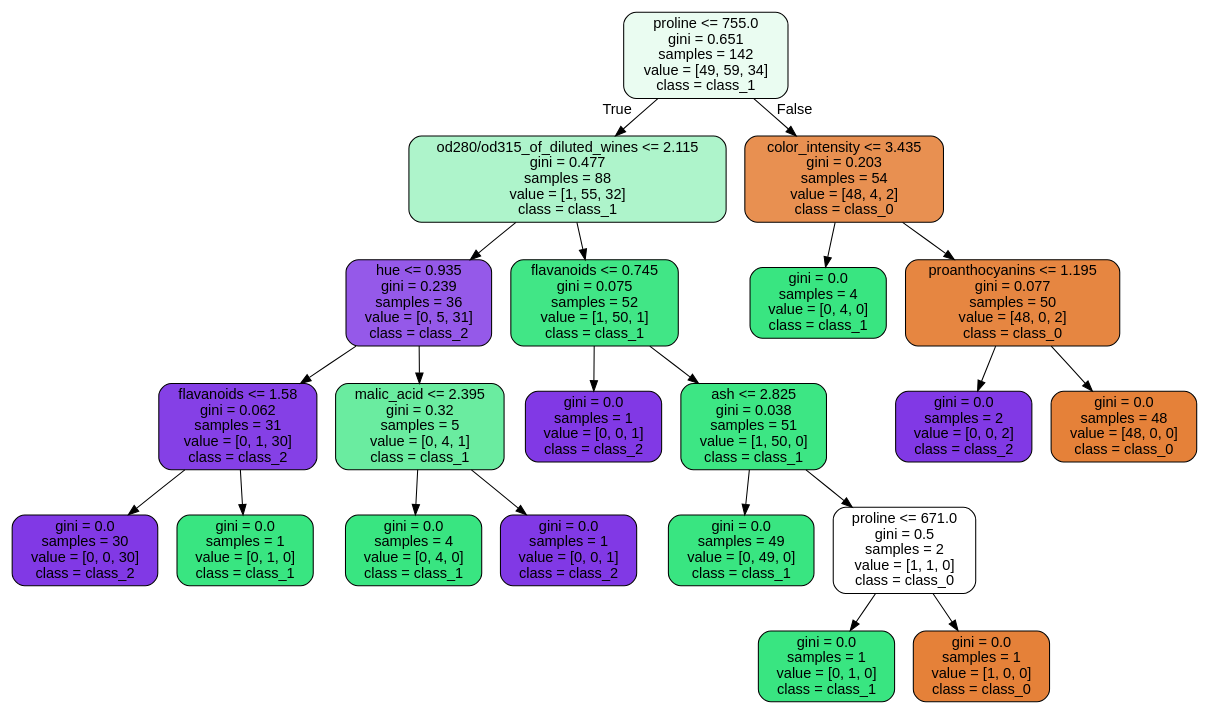
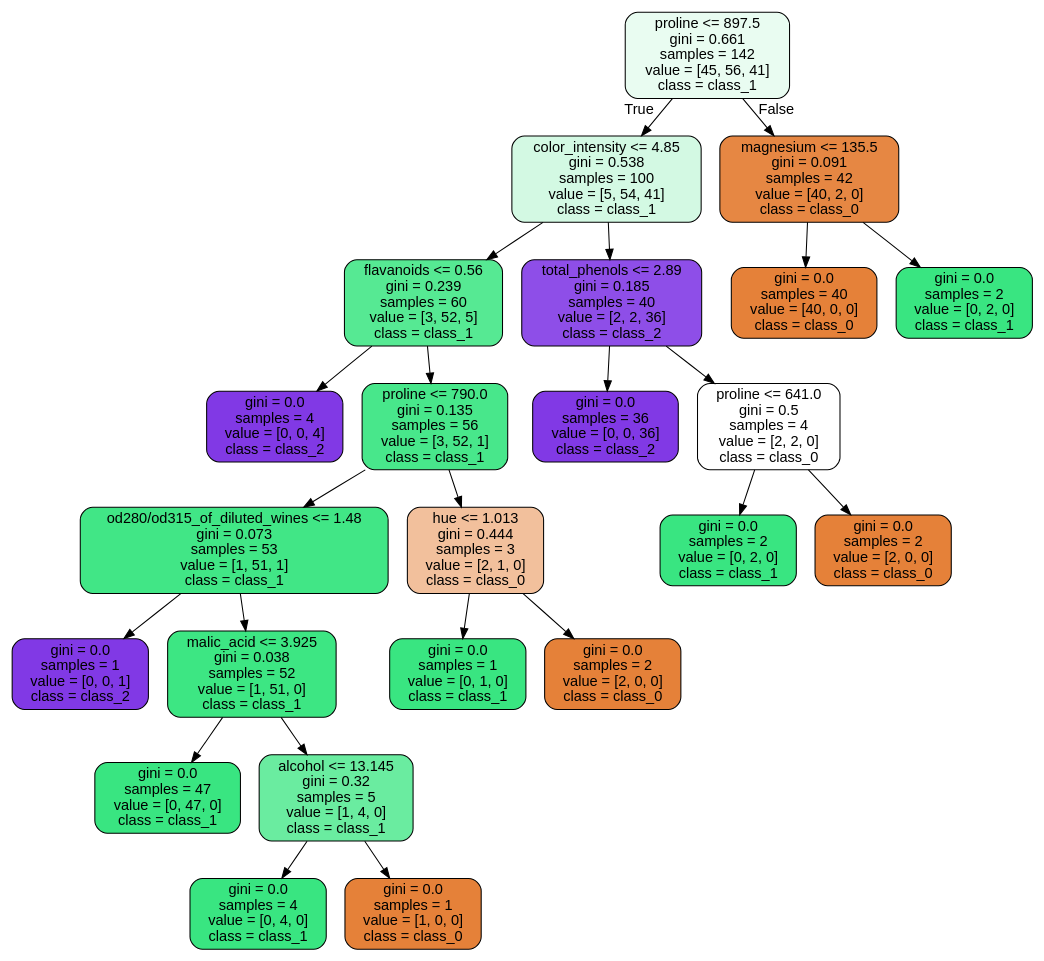
The diagram in images/decision_trees/wine_tree_train.dot (JoseDeJesusMendozaBecerril/Practica4_MineriaDeDatos), drawn with Graphviz before and after one commit. The commit also changed 10 other files, not shown here.

```diff
--- a/images/decision_trees/wine_tree_train.dot
+++ b/images/decision_trees/wine_tree_train.dot
@@ -1,45 +1,49 @@
 digraph Tree {
 node [shape=box, style="filled, rounded", color="black", fontname=helvetica] ;
 edge [fontname=helvetica] ;
-0 [label="proline <= 755.0\ngini = 0.651\nsamples = 142\nvalue = [49, 59, 34]\nclass = class_1", fillcolor="#eafcf1"] ;
-1 [label="od280/od315_of_diluted_wines <= 2.115\ngini = 0.477\nsamples = 88\nvalue = [1, 55, 32]\nclass = class_1", fillcolor="#aef4cb"] ;
+0 [label="proline <= 897.5\ngini = 0.661\nsamples = 142\nvalue = [45, 56, 41]\nclass = class_1", fillcolor="#e9fcf1"] ;
+1 [label="color_intensity <= 4.85\ngini = 0.538\nsamples = 100\nvalue = [5, 54, 41]\nclass = class_1", fillcolor="#d3f9e3"] ;
 0 -> 1 [labeldistance=2.5, labelangle=45, headlabel="True"] ;
-2 [label="hue <= 0.935\ngini = 0.239\nsamples = 36\nvalue = [0, 5, 31]\nclass = class_2", fillcolor="#9559e9"] ;
+2 [label="flavanoids <= 0.56\ngini = 0.239\nsamples = 60\nvalue = [3, 52, 5]\nclass = class_1", fillcolor="#56e993"] ;
 1 -> 2 ;
-3 [label="flavanoids <= 1.58\ngini = 0.062\nsamples = 31\nvalue = [0, 1, 30]\nclass = class_2", fillcolor="#8540e6"] ;
+3 [label="gini = 0.0\nsamples = 4\nvalue = [0, 0, 4]\nclass = class_2", fillcolor="#8139e5"] ;
 2 -> 3 ;
-4 [label="gini = 0.0\nsamples = 30\nvalue = [0, 0, 30]\nclass = class_2", fillcolor="#8139e5"] ;
-3 -> 4 ;
-5 [label="gini = 0.0\nsamples = 1\nvalue = [0, 1, 0]\nclass = class_1", fillcolor="#39e581"] ;
-3 -> 5 ;
-6 [label="malic_acid <= 2.395\ngini = 0.32\nsamples = 5\nvalue = [0, 4, 1]\nclass = class_1", fillcolor="#6aeca0"] ;
-2 -> 6 ;
-7 [label="gini = 0.0\nsamples = 4\nvalue = [0, 4, 0]\nclass = class_1", fillcolor="#39e581"] ;
-6 -> 7 ;
-8 [label="gini = 0.0\nsamples = 1\nvalue = [0, 0, 1]\nclass = class_2", fillcolor="#8139e5"] ;
-6 -> 8 ;
-9 [label="flavanoids <= 0.745\ngini = 0.075\nsamples = 52\nvalue = [1, 50, 1]\nclass = class_1", fillcolor="#41e686"] ;
-1 -> 9 ;
-10 [label="gini = 0.0\nsamples = 1\nvalue = [0, 0, 1]\nclass = class_2", fillcolor="#8139e5"] ;
+4 [label="proline <= 790.0\ngini = 0.135\nsamples = 56\nvalue = [3, 52, 1]\nclass = class_1", fillcolor="#48e78b"] ;
+2 -> 4 ;
+5 [label="od280/od315_of_diluted_wines <= 1.48\ngini = 0.073\nsamples = 53\nvalue = [1, 51, 1]\nclass = class_1", fillcolor="#41e686"] ;
+4 -> 5 ;
+6 [label="gini = 0.0\nsamples = 1\nvalue = [0, 0, 1]\nclass = class_2", fillcolor="#8139e5"] ;
+5 -> 6 ;
+7 [label="malic_acid <= 3.925\ngini = 0.038\nsamples = 52\nvalue = [1, 51, 0]\nclass = class_1", fillcolor="#3de683"] ;
+5 -> 7 ;
+8 [label="gini = 0.0\nsamples = 47\nvalue = [0, 47, 0]\nclass = class_1", fillcolor="#39e581"] ;
+7 -> 8 ;
+9 [label="alcohol <= 13.145\ngini = 0.32\nsamples = 5\nvalue = [1, 4, 0]\nclass = class_1", fillcolor="#6aeca0"] ;
+7 -> 9 ;
+10 [label="gini = 0.0\nsamples = 4\nvalue = [0, 4, 0]\nclass = class_1", fillcolor="#39e581"] ;
 9 -> 10 ;
-11 [label="ash <= 2.825\ngini = 0.038\nsamples = 51\nvalue = [1, 50, 0]\nclass = class_1", fillcolor="#3de684"] ;
+11 [label="gini = 0.0\nsamples = 1\nvalue = [1, 0, 0]\nclass = class_0", fillcolor="#e58139"] ;
 9 -> 11 ;
-12 [label="gini = 0.0\nsamples = 49\nvalue = [0, 49, 0]\nclass = class_1", fillcolor="#39e581"] ;
-11 -> 12 ;
-13 [label="proline <= 671.0\ngini = 0.5\nsamples = 2\nvalue = [1, 1, 0]\nclass = class_0", fillcolor="#ffffff"] ;
-11 -> 13 ;
-14 [label="gini = 0.0\nsamples = 1\nvalue = [0, 1, 0]\nclass = class_1", fillcolor="#39e581"] ;
-13 -> 14 ;
-15 [label="gini = 0.0\nsamples = 1\nvalue = [1, 0, 0]\nclass = class_0", fillcolor="#e58139"] ;
-13 -> 15 ;
-16 [label="color_intensity <= 3.435\ngini = 0.203\nsamples = 54\nvalue = [48, 4, 2]\nclass = class_0", fillcolor="#e89051"] ;
-0 -> 16 [labeldistance=2.5, labelangle=-45, headlabel="False"] ;
-17 [label="gini = 0.0\nsamples = 4\nvalue = [0, 4, 0]\nclass = class_1", fillcolor="#39e581"] ;
-16 -> 17 ;
-18 [label="proanthocyanins <= 1.195\ngini = 0.077\nsamples = 50\nvalue = [48, 0, 2]\nclass = class_0", fillcolor="#e68641"] ;
-16 -> 18 ;
-19 [label="gini = 0.0\nsamples = 2\nvalue = [0, 0, 2]\nclass = class_2", fillcolor="#8139e5"] ;
-18 -> 19 ;
-20 [label="gini = 0.0\nsamples = 48\nvalue = [48, 0, 0]\nclass = class_0", fillcolor="#e58139"] ;
-18 -> 20 ;
+12 [label="hue <= 1.013\ngini = 0.444\nsamples = 3\nvalue = [2, 1, 0]\nclass = class_0", fillcolor="#f2c09c"] ;
+4 -> 12 ;
+13 [label="gini = 0.0\nsamples = 1\nvalue = [0, 1, 0]\nclass = class_1", fillcolor="#39e581"] ;
+12 -> 13 ;
+14 [label="gini = 0.0\nsamples = 2\nvalue = [2, 0, 0]\nclass = class_0", fillcolor="#e58139"] ;
+12 -> 14 ;
+15 [label="total_phenols <= 2.89\ngini = 0.185\nsamples = 40\nvalue = [2, 2, 36]\nclass = class_2", fillcolor="#8e4ee8"] ;
+1 -> 15 ;
+16 [label="gini = 0.0\nsamples = 36\nvalue = [0, 0, 36]\nclass = class_2", fillcolor="#8139e5"] ;
+15 -> 16 ;
+17 [label="proline <= 641.0\ngini = 0.5\nsamples = 4\nvalue = [2, 2, 0]\nclass = class_0", fillcolor="#ffffff"] ;
+15 -> 17 ;
+18 [label="gini = 0.0\nsamples = 2\nvalue = [0, 2, 0]\nclass = class_1", fillcolor="#39e581"] ;
+17 -> 18 ;
+19 [label="gini = 0.0\nsamples = 2\nvalue = [2, 0, 0]\nclass = class_0", fillcolor="#e58139"] ;
+17 -> 19 ;
+20 [label="magnesium <= 135.5\ngini = 0.091\nsamples = 42\nvalue = [40, 2, 0]\nclass = class_0", fillcolor="#e68743"] ;
+0 -> 20 [labeldistance=2.5, labelangle=-45, headlabel="False"] ;
+21 [label="gini = 0.0\nsamples = 40\nvalue = [40, 0, 0]\nclass = class_0", fillcolor="#e58139"] ;
+20 -> 21 ;
+22 [label="gini = 0.0\nsamples = 2\nvalue = [0, 2, 0]\nclass = class_1", fillcolor="#39e581"] ;
+20 -> 22 ;
 }
```
